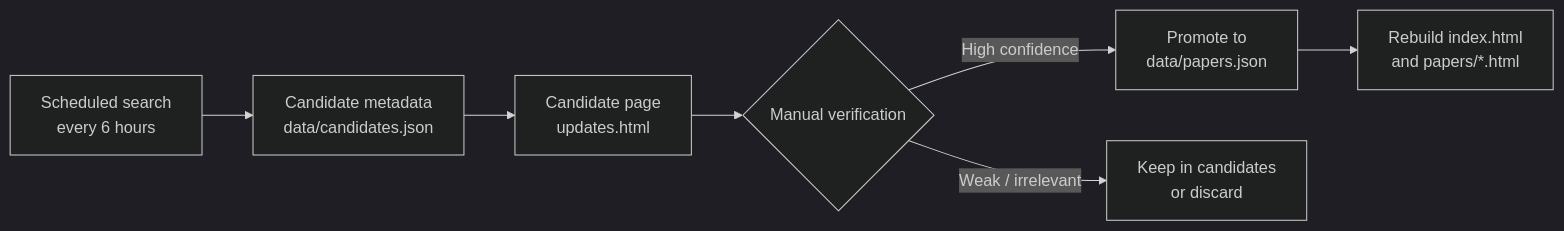
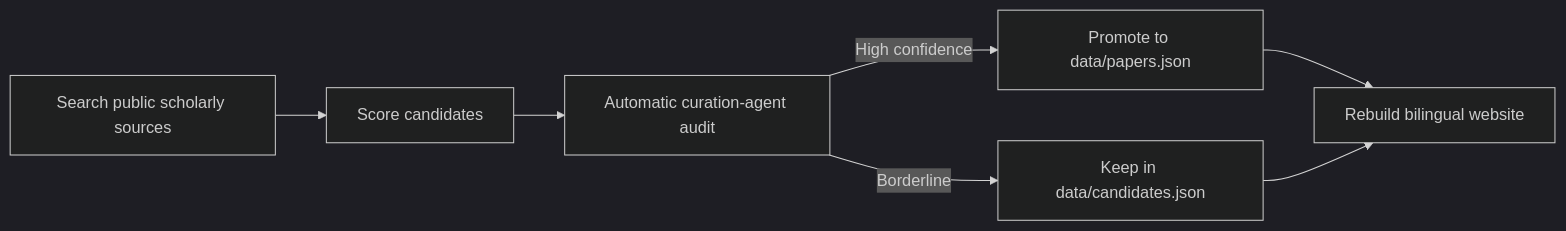
The diagram in README.md (ruixv/acoustic-optics-imaging), drawn with Mermaid (dark theme) before and after one commit. The commit also changed other lines of this file, not shown here.

Commit message:
Update README for bilingual auto-audit tracker

````diff
--- a/README.md
+++ b/README.md
@@ -131,9 +95,9 @@
 ```mermaid
 flowchart LR
-    A[Scheduled search<br/>every 6 hours] --> B[Candidate metadata<br/>data/candidates.json]
-    B --> C[Candidate page<br/>updates.html]
-    C --> D{Manual verification}
-    D -->|High confidence| E[Promote to<br/>data/papers.json]
-    D -->|Weak / irrelevant| F[Keep in candidates<br/>or discard]
-    E --> G[Rebuild index.html<br/>and papers/*.html]
+    A[Search public scholarly sources] --> B[Score candidates]
+    B --> C[Automatic curation-agent audit]
+    C -->|High confidence| D[Promote to data/papers.json]
+    C -->|Borderline| E[Keep in data/candidates.json]
+    D --> F[Rebuild bilingual website]
+    E --> F
 ```
````
